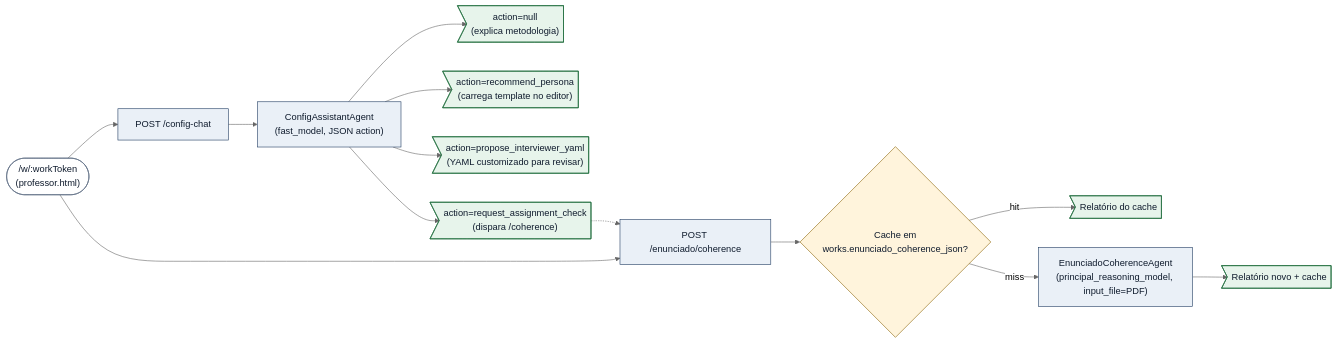
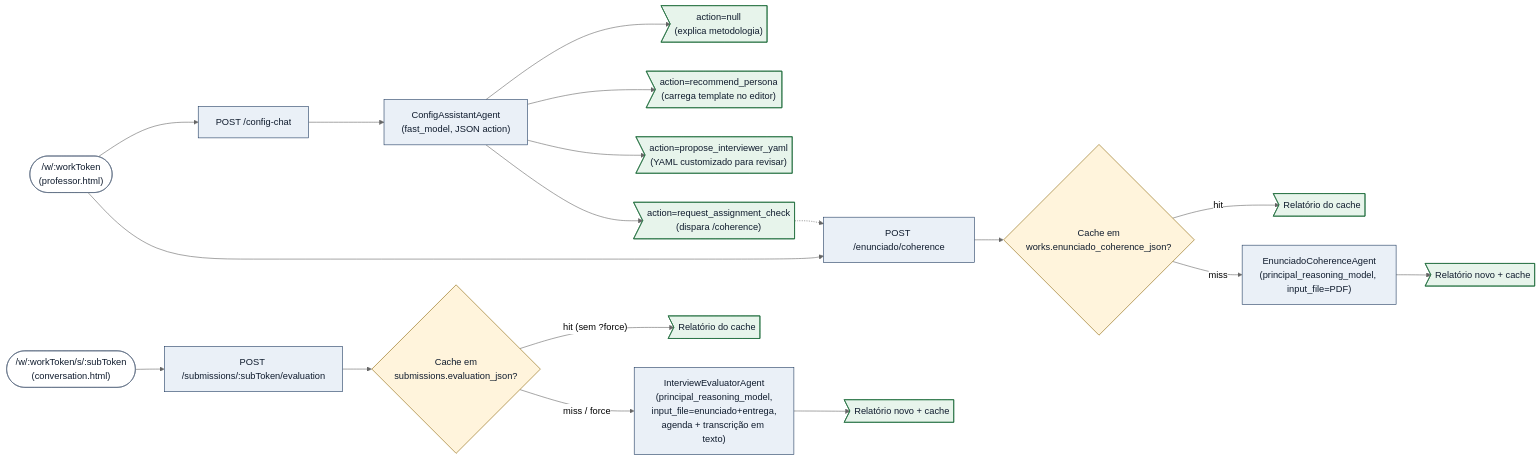
Before and after one commit to gladsjr/super-ta: the second of 2 diagrams in docs/architecture.md, drawn with Mermaid (neutral theme). The commit also changed other lines of this file and 7 other files, not shown here.

````diff
--- a/docs/architecture.md
+++ b/docs/architecture.md
@@ -126,29 +127,36 @@
 ```mermaid
 flowchart LR
   ProfUI(["/w/:workToken<br/>(professor.html)"]) --> ChatHandler["POST /config-chat"]
   ProfUI --> CoherenceHandler["POST /enunciado/coherence"]
+  ConvUI(["/w/:workToken/s/:subToken<br/>(conversation.html)"]) --> EvalHandler["POST /submissions/:subToken/evaluation"]
+
+  EvalHandler --> EvalCache{"Cache em<br/>submissions.evaluation_json?"}
+  EvalCache -- "hit (sem ?force)" --> OutEvalCached>"Relatório do cache"]
+  EvalCache -- "miss / force" --> EvalAgent["InterviewEvaluatorAgent<br/>(principal_reasoning_model,<br/>input_file=enunciado+entrega,<br/>agenda + transcrição em texto)"]
+  EvalAgent --> OutEvalFresh>"Relatório novo + cache"]
 
   ChatHandler --> ConfigAgent["ConfigAssistantAgent<br/>(fast_model, JSON action)"]
   ConfigAgent --> ActExplain>"action=null<br/>(explica metodologia)"]
   ConfigAgent --> ActPersona>"action=recommend_persona<br/>(carrega template no editor)"]
   ConfigAgent --> ActYaml>"action=propose_interviewer_yaml<br/>(YAML customizado para revisar)"]
   ConfigAgent --> ActCheck>"action=request_assignment_check<br/>(dispara /coherence)"]
   ActCheck -.-> CoherenceHandler
 
   CoherenceHandler --> Cache{"Cache em<br/>works.enunciado_coherence_json?"}
   Cache -- "hit" --> OutCached>"Relatório do cache"]
   Cache -- "miss" --> CoherenceAgent["EnunciadoCoherenceAgent<br/>(principal_reasoning_model, input_file=PDF)"]
   CoherenceAgent --> OutFresh>"Relatório novo + cache"]
 
   classDef agent fill:#eaf0f7,stroke:#1e3a5f,color:#0f1b2d;
   classDef gate  fill:#fff4dc,stroke:#8a6100,color:#0f1b2d;
   classDef out   fill:#e7f4eb,stroke:#1f6c3b,color:#0f1b2d;
   classDef entry fill:#ffffff,stroke:#5a6b80,color:#0f1b2d;
-  class ChatHandler,CoherenceHandler,ConfigAgent,CoherenceAgent agent
-  class Cache gate
-  class ActExplain,ActPersona,ActYaml,ActCheck,OutCached,OutFresh out
-  class ProfUI entry
+  class ChatHandler,CoherenceHandler,ConfigAgent,CoherenceAgent,EvalHandler,EvalAgent agent
+  class Cache,EvalCache gate
+  class ActExplain,ActPersona,ActYaml,ActCheck,OutCached,OutFresh,OutEvalCached,OutEvalFresh out
+  class ProfUI,ConvUI entry
 
   click ConfigAgent "vscode://file/c:/Users/glads/src/super-ta/agents/ConfigAssistantAgent.js" "Abre ConfigAssistantAgent"
   click CoherenceAgent "vscode://file/c:/Users/glads/src/super-ta/agents/EnunciadoCoherenceAgent.js" "Abre EnunciadoCoherenceAgent"
+  click EvalAgent "vscode://file/c:/Users/glads/src/super-ta/agents/InterviewEvaluatorAgent.js:145" "Abre o systemPromptBody do InterviewEvaluatorAgent"
 ```
````
